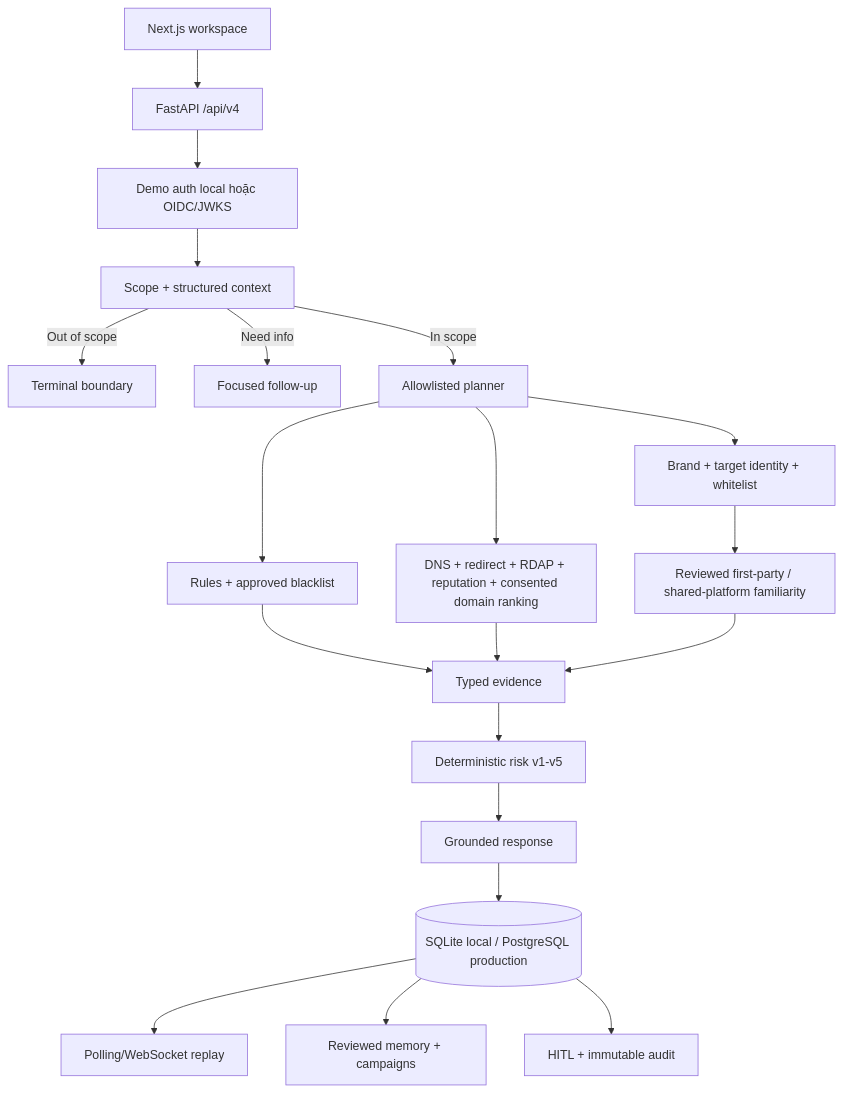
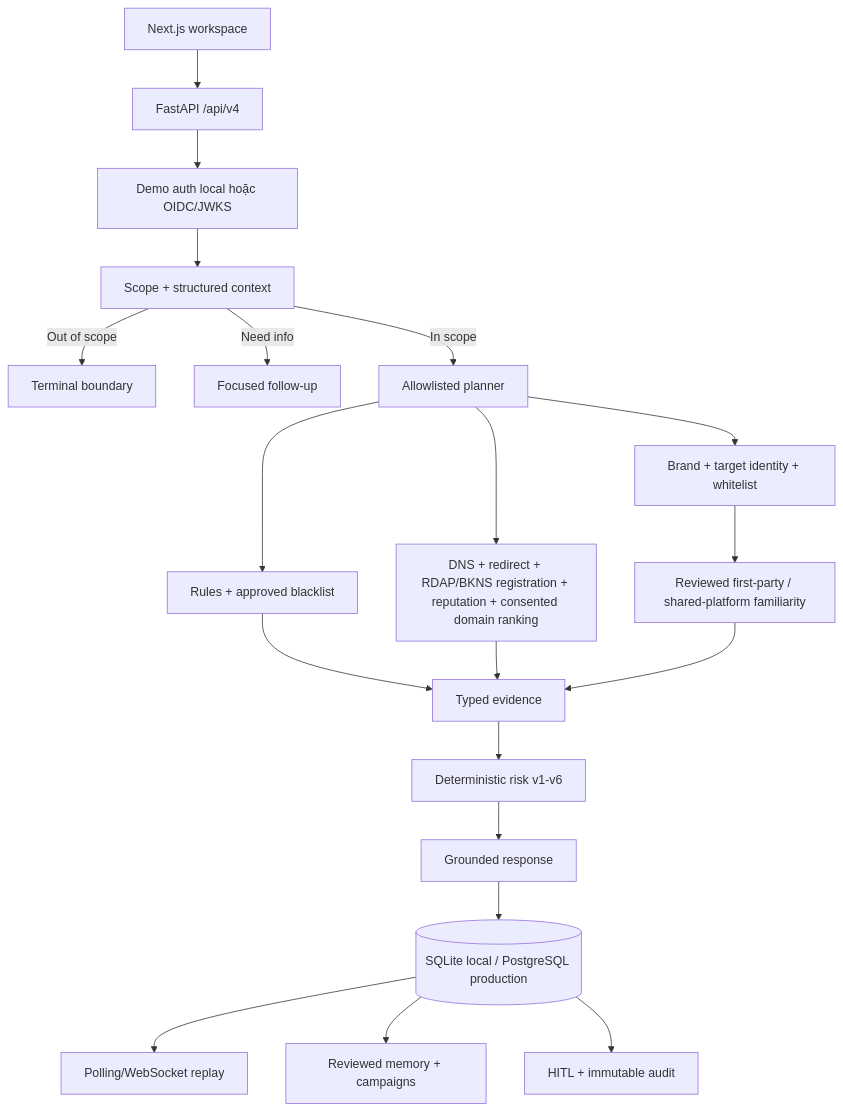
The diagram in docs/PRODUCT_ARCHITECTURE.md (Binhdn04/TrustGuard-AI), drawn with Mermaid before and after one commit. The commit also changed other lines of this file and 34 other files, not shown here.

````diff
--- a/docs/PRODUCT_ARCHITECTURE.md
+++ b/docs/PRODUCT_ARCHITECTURE.md
@@ -35,22 +35,22 @@
 ```mermaid
 flowchart TD
     UI[Next.js workspace] --> API[FastAPI /api/v4]
     API --> Auth[Demo auth local hoặc OIDC/JWKS]
     Auth --> Scope[Scope + structured context]
     Scope -->|Out of scope| Boundary[Terminal boundary]
     Scope -->|Need info| FollowUp[Focused follow-up]
     Scope -->|In scope| Planner[Allowlisted planner]
     Planner --> Local[Rules + approved blacklist]
-    Planner --> Network[DNS + redirect + RDAP + reputation + consented domain ranking]
+    Planner --> Network[DNS + redirect + RDAP/BKNS registration + reputation + consented domain ranking]
     Planner --> Trust[Brand + target identity + whitelist]
     Trust --> Familiarity[Reviewed first-party / shared-platform familiarity]
     Local --> Evidence[Typed evidence]
     Network --> Evidence
     Familiarity --> Evidence
-    Evidence --> Risk[Deterministic risk v1-v5]
+    Evidence --> Risk[Deterministic risk v1-v6]
     Risk --> Response[Grounded response]
     Response --> Store[(SQLite local / PostgreSQL production)]
     Store --> Events[Polling/WebSocket replay]
     Store --> Memory[Reviewed memory + campaigns]
     Store --> Admin[HITL + immutable audit]
 ```
````
